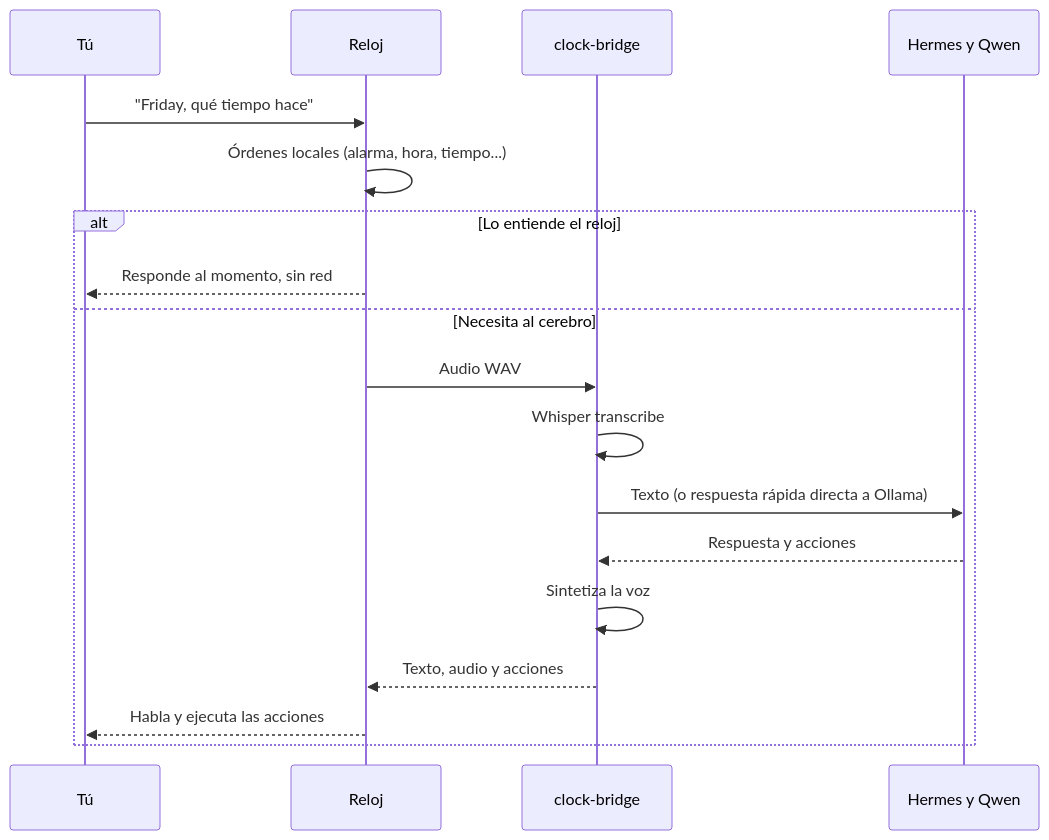
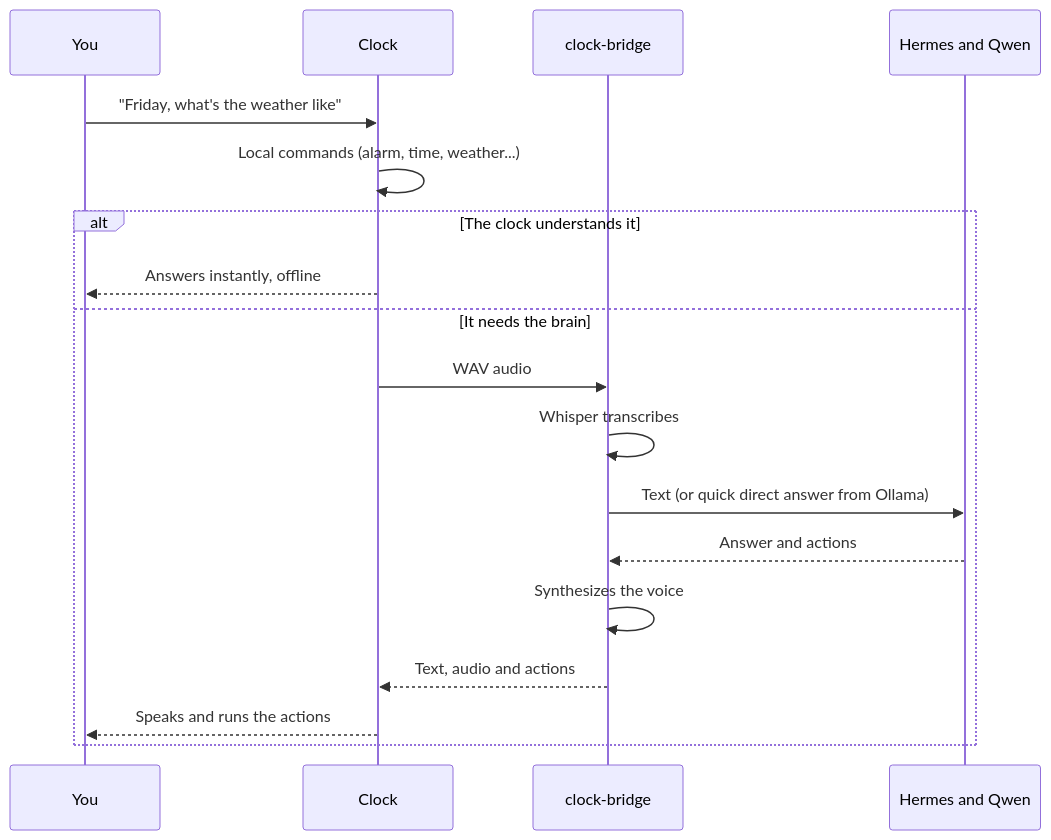
Before and after one commit to JAGB709/FridayClock: the second of 2 diagrams in README.md, drawn with Mermaid. The commit also changed other lines of this file and 1 other file, not shown here.

````diff
--- a/README.md
+++ b/README.md
@@ -131,20 +136,20 @@
 ```mermaid
 sequenceDiagram
-    participant T as Tú
-    participant R as Reloj
+    participant T as You
+    participant R as Clock
     participant P as clock-bridge
-    participant H as Hermes y Qwen
-    T->>R: "Friday, qué tiempo hace"
-    R->>R: Órdenes locales (alarma, hora, tiempo...)
-    alt Lo entiende el reloj
-        R-->>T: Responde al momento, sin red
-    else Necesita al cerebro
-        R->>P: Audio WAV
-        P->>P: Whisper transcribe
-        P->>H: Texto (o respuesta rápida directa a Ollama)
-        H-->>P: Respuesta y acciones
-        P->>P: Sintetiza la voz
-        P-->>R: Texto, audio y acciones
-        R-->>T: Habla y ejecuta las acciones
+    participant H as Hermes and Qwen
+    T->>R: "Friday, what's the weather like"
+    R->>R: Local commands (alarm, time, weather...)
+    alt The clock understands it
+        R-->>T: Answers instantly, offline
+    else It needs the brain
+        R->>P: WAV audio
+        P->>P: Whisper transcribes
+        P->>H: Text (or quick direct answer from Ollama)
+        H-->>P: Answer and actions
+        P->>P: Synthesizes the voice
+        P-->>R: Text, audio and actions
+        R-->>T: Speaks and runs the actions
     end
 ```
````
